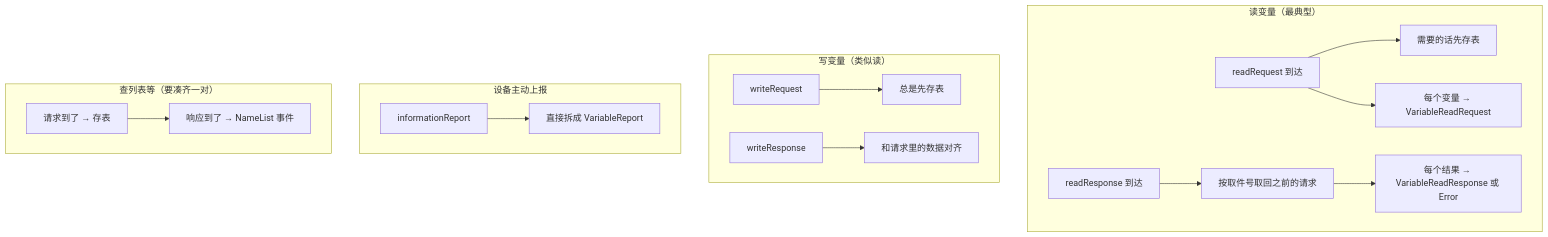
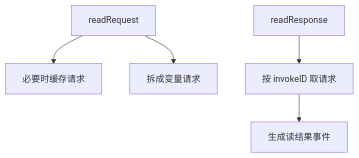
Before and after one commit to haolipeng/icsnpp-mms: the fifth of 8 diagrams in docs/03-event-analysis-layer-outline.md, drawn with Mermaid. The commit also changed other lines of this file and 1 other file, not shown here.

````diff
--- a/docs/03-event-analysis-layer-outline.md
+++ b/docs/03-event-analysis-layer-outline.md
@@ -121,22 +141,7 @@
 ```mermaid
 flowchart TB
-    subgraph read ["读变量（最典型）"]
-        RR["readRequest 到达"] --> Cache["需要的话先存表"]
-        RR --> VR["每个变量 → VariableReadRequest"]
-        RS["readResponse 到达"] --> VAS["按取件号取回之前的请求"]
-        VAS --> VResp["每个结果 → VariableReadResponse 或 Error"]
-    end
-
-    subgraph write ["写变量（类似读）"]
-        WR["writeRequest"] --> WCache["总是先存表"]
-        WRes["writeResponse"] --> VWResp["和请求里的数据对齐"]
-    end
-
-    subgraph report ["设备主动上报"]
-        IR["informationReport"] --> VRep["直接拆成 VariableReport"]
-    end
-
-    subgraph paired ["查列表等（要凑齐一对）"]
-        PR["请求到了 → 存表"] --> PS["响应到了 → NameList 事件"]
-    end
+    RR["readRequest"] --> Cache["必要时缓存请求"]
+    RR --> VR["拆成变量请求"]
+    RS["readResponse"] --> Lookup["按 invokeID 取请求"]
+    Lookup --> VResp["生成读结果事件"]
 ```
````
